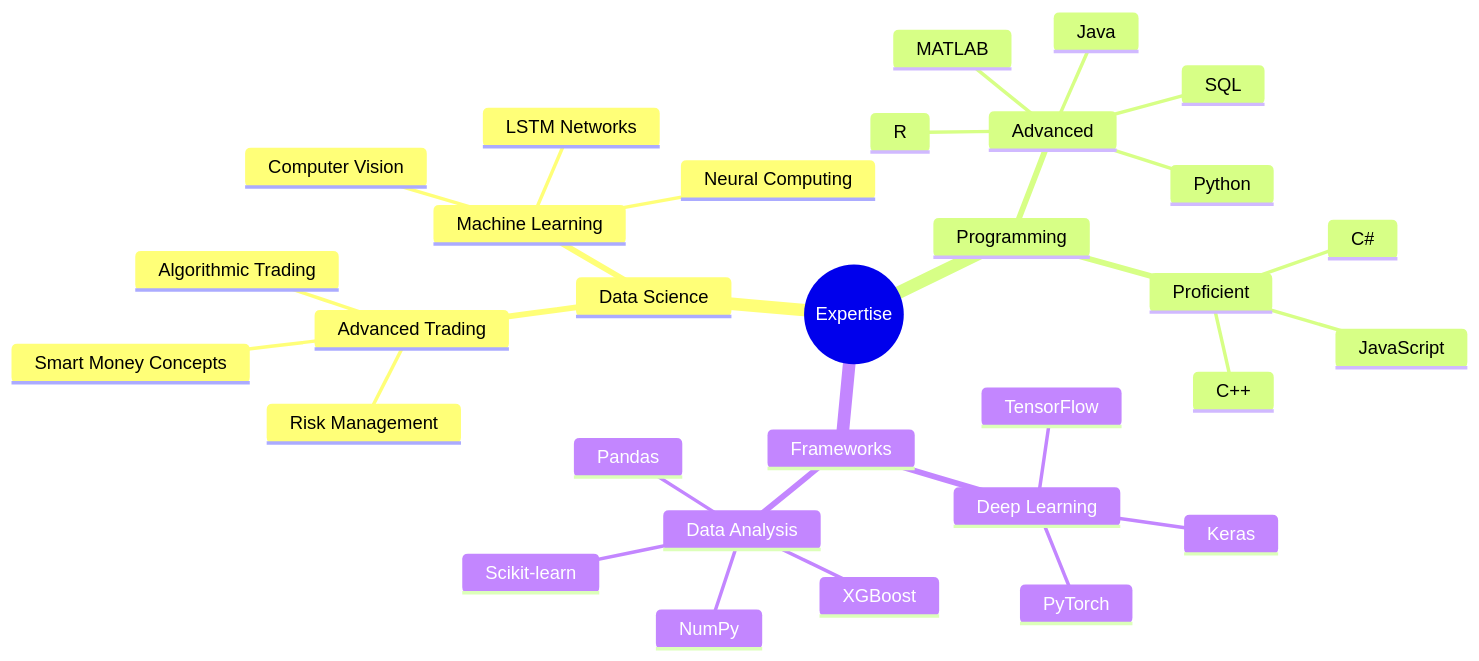
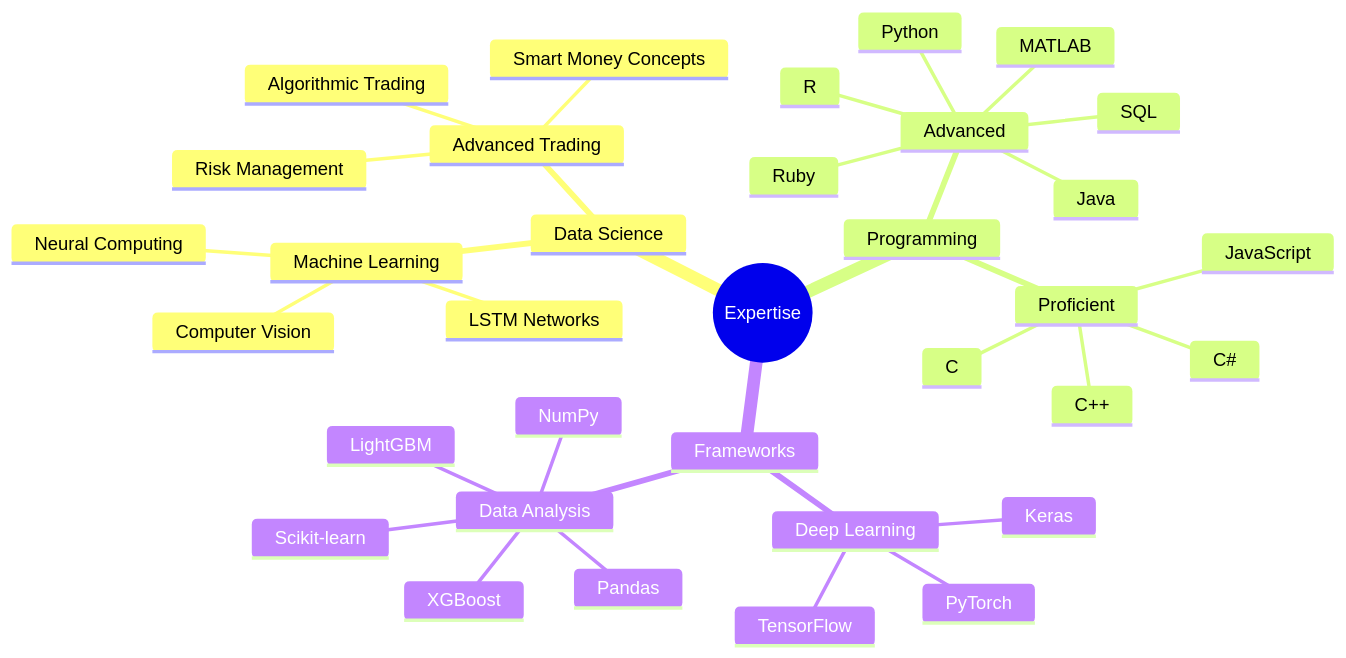
Before and after one commit to MohamadKanso/MohamadKanso: the diagram in README.md, drawn with Mermaid. The commit also changed other lines of this file, not shown here.

````diff
--- a/README.md
+++ b/README.md
@@ -13,34 +13,37 @@
 ```mermaid
 mindmap
   root((Expertise))
     Data Science
       Machine Learning
         LSTM Networks
         Neural Computing
         Computer Vision
       Advanced Trading
         Smart Money Concepts
         Algorithmic Trading
         Risk Management
     Programming
       Advanced
         Python
         Java
         MATLAB
         R
         SQL
+        Ruby
       Proficient
         JavaScript
         C++
         C#
+        C
     Frameworks
       Deep Learning
         TensorFlow
         PyTorch
         Keras
       Data Analysis
         Scikit-learn
         Pandas
         NumPy
         XGBoost
+        LightGBM
 ```
````
